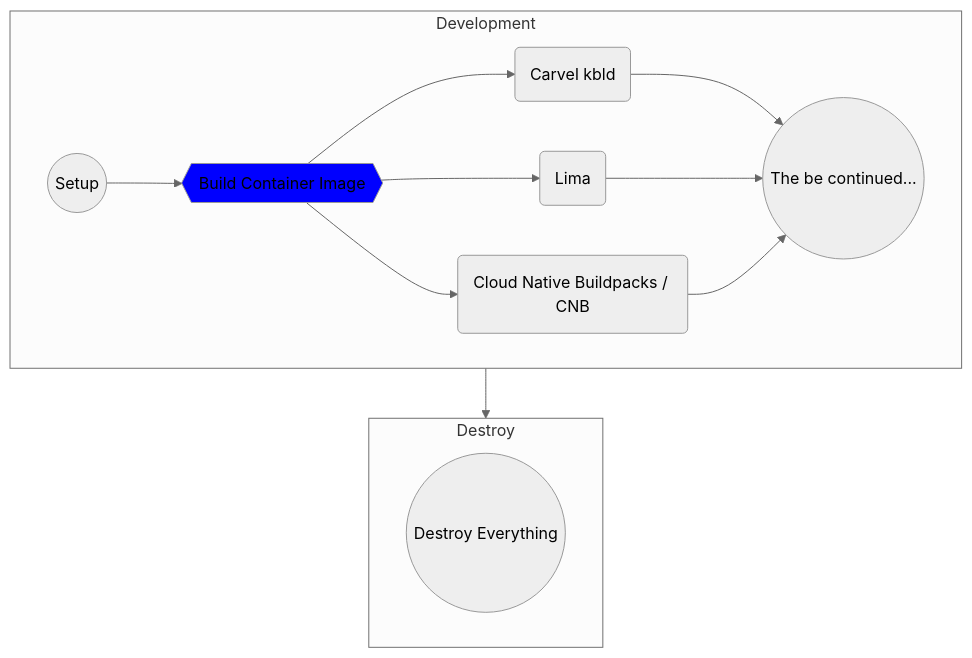
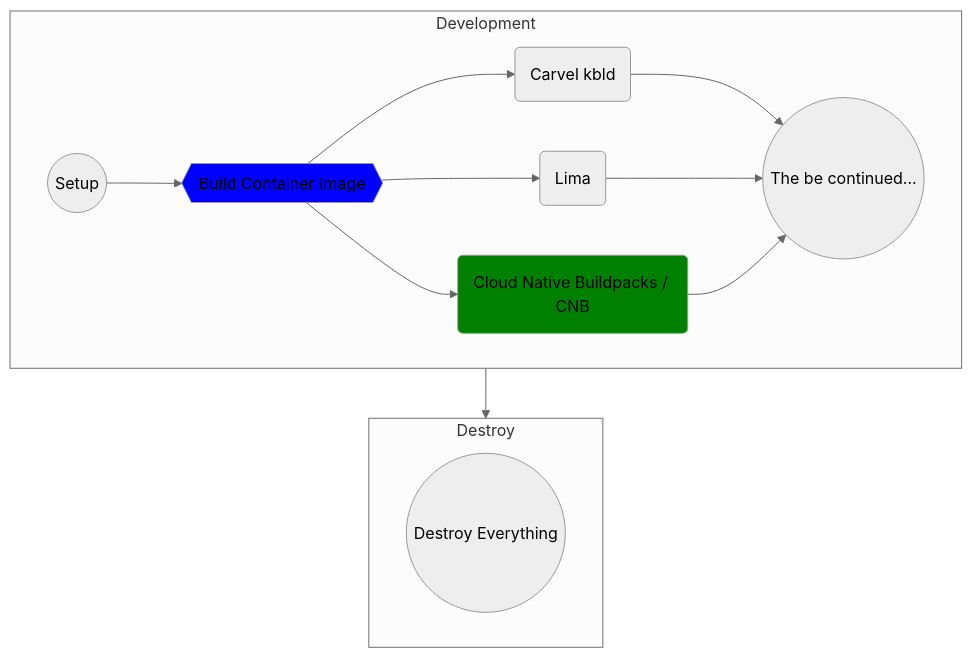
The second of 2 diagrams in README.md (vfarcic/cncf-demo), drawn with Mermaid (neutral theme) before and after one commit. The commit also changed other lines of this file, not shown here.

````diff
--- a/README.md
+++ b/README.md
@@ -37,43 +38,44 @@
 ```mermaid
 flowchart TD
 
     subgraph Development
 
         %% -----------
         %% -- Setup --
         %% -----------
         setup-dev((Setup))
         click setup-dev "https://github.com/vfarcic/cncf-demo/blob/main/manuscript/setup/dev.md"
 
         %% -- Setup Connections --
         setup-dev-->bci
 
         %% ---------------------------
         %% -- Build Container Image --
         %% ---------------------------
         bci{{Build Container Image}}
         click bci "https://github.com/vfarcic/cncf-demo/blob/main/manuscript/build-container-image/README.md"
         style bci fill:blue
         bci-kbld(Carvel kbld)
         click bci-kbld "https://github.com/vfarcic/cncf-demo/blob/main/manuscript/build-container-image/kbld.md"
         bci-lima(Lima)
         click bci-lima "https://github.com/vfarcic/cncf-demo/blob/main/manuscript/build-container-image/lima.md"
         bci-buildpacks(Cloud Native Buildpacks / CNB)
+        style bci-buildpacks fill:green
         click bci-buildpacks "https://github.com/vfarcic/cncf-demo/blob/main/manuscript/build-container-image/buildpacks.md"
 
         %% -- Build Container Image Connections --
         bci --> bci-kbld & bci-lima & bci-buildpacks --> continue
 
         continue((The be continued...))
 
     end
 
     Development-->Destroy
 
     subgraph Destroy
 
         destroy((Destroy Everything))
         click destroy "https://github.com/vfarcic/cncf-demo/blob/main/manuscript/destroy.md"
 
     end
 ```
````
